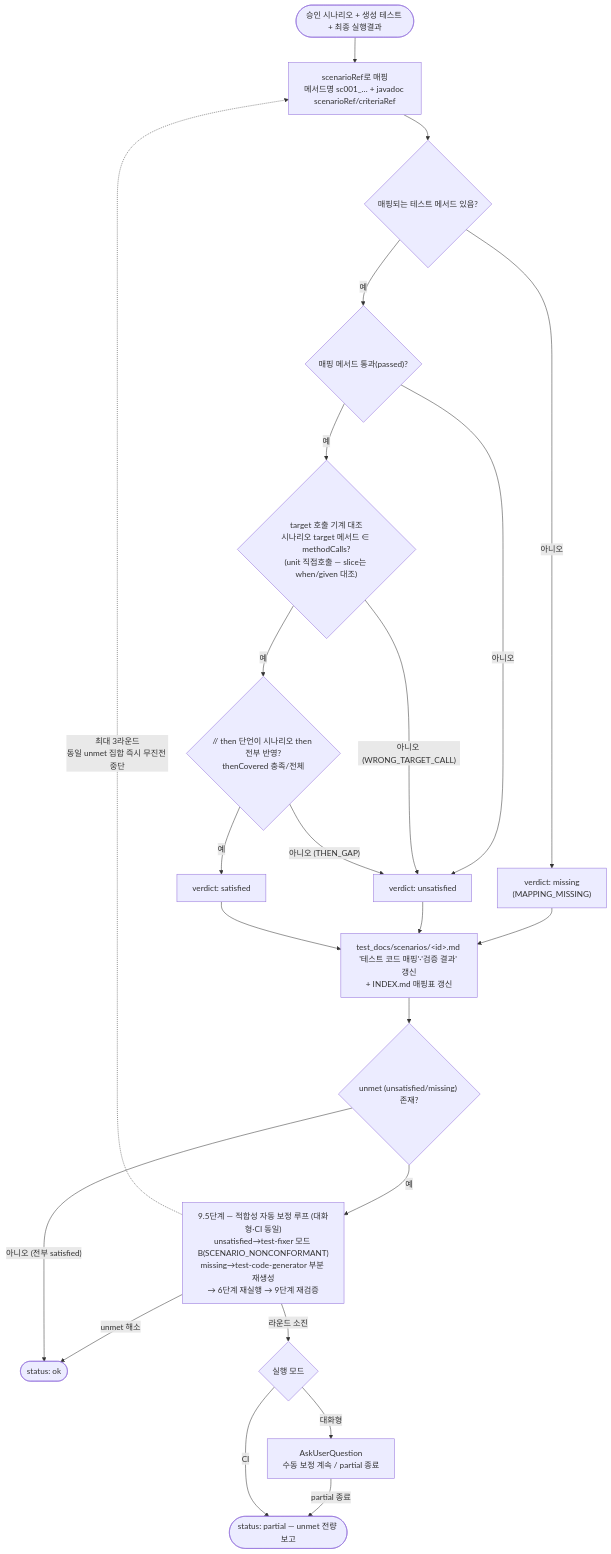
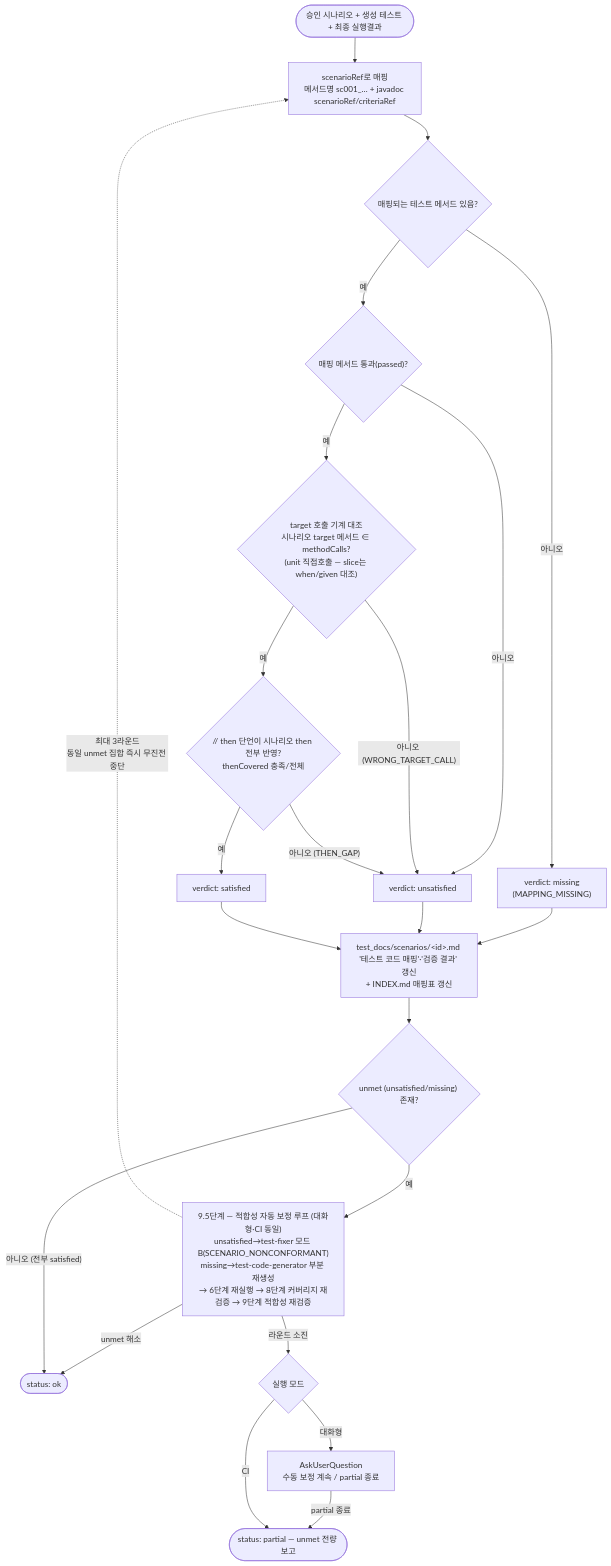
Before and after one commit to 1223v/test-autoevermation-harness: the sixth of 8 diagrams in test-autoevermation-harness-plugin/docs/pipeline-flow.md, drawn with Mermaid. The commit also changed other lines of this file and 20 other files, not shown here.

````diff
--- a/test-autoevermation-harness-plugin/docs/pipeline-flow.md
+++ b/test-autoevermation-harness-plugin/docs/pipeline-flow.md
@@ -190,26 +190,26 @@
 ```mermaid
 flowchart TD
     In(["승인 시나리오 + 생성 테스트 + 최종 실행결과"]) --> Map["scenarioRef로 매핑<br/>메서드명 sc001_… + javadoc scenarioRef/criteriaRef"]
     Map --> M1{"매핑되는 테스트 메서드 있음?"}
     M1 -- "아니오" --> Missing["verdict: missing<br/>(MAPPING_MISSING)"]
     M1 -- "예" --> M2{"매핑 메서드 통과(passed)?"}
     M2 -- "아니오" --> Unsat["verdict: unsatisfied"]
     M2 -- "예" --> M25{"target 호출 기계 대조<br/>시나리오 target 메서드 ∈ methodCalls?<br/>(unit 직접호출 — slice는 when/given 대조)"}
     M25 -- "아니오 (WRONG_TARGET_CALL)" --> Unsat
     M25 -- "예" --> M3{"// then 단언이 시나리오 then 전부 반영?<br/>thenCovered 충족/전체"}
     M3 -- "아니오 (THEN_GAP)" --> Unsat
     M3 -- "예" --> Sat["verdict: satisfied"]
 
     Missing --> Doc
     Unsat --> Doc
     Sat --> Doc["test_docs/scenarios/&lt;id&gt;.md '테스트 코드 매핑'·'검증 결과' 갱신<br/>+ INDEX.md 매핑표 갱신"]
     Doc --> Gate{"unmet (unsatisfied/missing) 존재?"}
-    Gate -- "예" --> Loop["9.5단계 — 적합성 자동 보정 루프 (대화형·CI 동일)<br/>unsatisfied→test-fixer 모드 B(SCENARIO_NONCONFORMANT)<br/>missing→test-code-generator 부분 재생성<br/>→ 6단계 재실행 → 9단계 재검증"]
+    Gate -- "예" --> Loop["9.5단계 — 적합성 자동 보정 루프 (대화형·CI 동일)<br/>unsatisfied→test-fixer 모드 B(SCENARIO_NONCONFORMANT)<br/>missing→test-code-generator 부분 재생성<br/>→ 6단계 재실행 → 8단계 커버리지 재검증 → 9단계 적합성 재검증"]
     Loop -. "최대 3라운드<br/>동일 unmet 집합 즉시 무진전 중단" .-> Map
     Loop -- "unmet 해소" --> Ok
     Loop -- "라운드 소진" --> P{"실행 모드"}
     P -- "대화형" --> Ask["AskUserQuestion<br/>수동 보정 계속 / partial 종료"]
     Ask -- "partial 종료" --> Partial(["status: partial — unmet 전량 보고"])
     P -- "CI" --> Partial
     Gate -- "아니오 (전부 satisfied)" --> Ok(["status: ok"])
 ```
````
